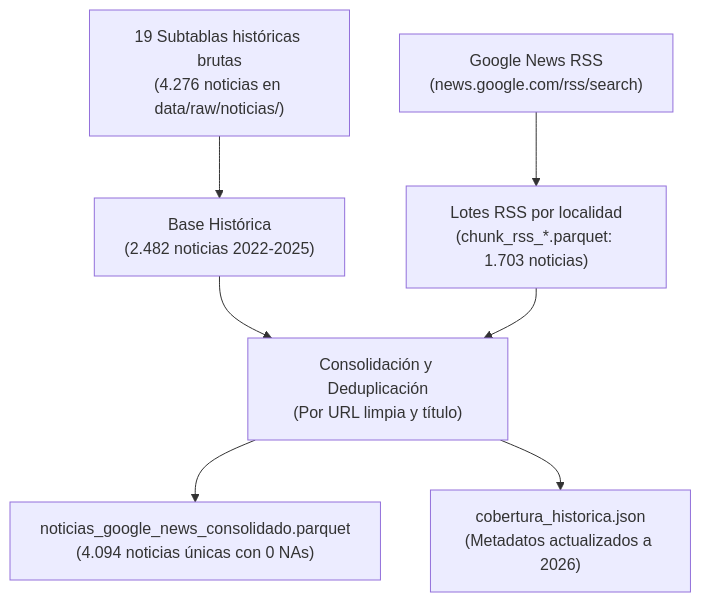
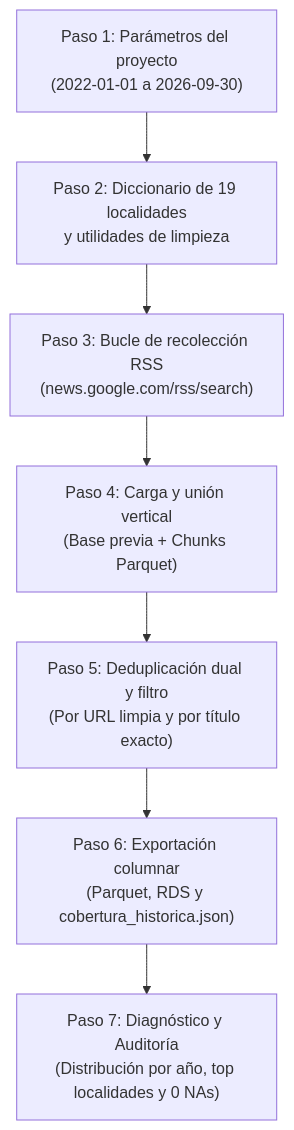
The diagram in scripts/01_ingesta/02_scraping_noticias/README.md (juanjo-edm/Repo_Entrega_Final_Taller_R), drawn with Mermaid before and after one commit. The commit also changed other lines of this file and 4 other files, not shown here.

````diff
--- a/scripts/01_ingesta/02_scraping_noticias/README.md
+++ b/scripts/01_ingesta/02_scraping_noticias/README.md
@@ -33,8 +35,9 @@
 ```mermaid
 flowchart TD
-    A["19 Subtablas históricas brutas<br/>(4.276 noticias en data/raw/noticias/)"] --> B["Base Histórica<br/>(2.482 noticias 2022-2025)"]
-    C["Google News RSS<br/>(news.google.com/rss/search)"] --> D["Lotes RSS por localidad<br/>(chunk_rss_*.parquet: 1.703 noticias)"]
-    B & D --> E["Consolidación y Deduplicación<br/>(Por URL limpia y título)"]
-    E --> F["noticias_google_news_consolidado.parquet<br/>(4.094 noticias únicas con 0 NAs)"]
-    E --> G["cobertura_historica.json<br/>(Metadatos actualizados a 2026)"]
+    A["Paso 1: Parámetros del proyecto<br/>(2022-01-01 a 2026-09-30)"] --> B["Paso 2: Diccionario de 19 localidades<br/>y utilidades de limpieza"]
+    B --> C["Paso 3: Bucle de recolección RSS<br/>(news.google.com/rss/search)"]
+    C --> D["Paso 4: Carga y unión vertical<br/>(Base previa + Chunks Parquet)"]
+    D --> E["Paso 5: Deduplicación dual y filtro<br/>(Por URL limpia y por título exacto)"]
+    E --> F["Paso 6: Exportación columnar<br/>(Parquet, RDS y cobertura_historica.json)"]
+    F --> G["Paso 7: Diagnóstico y Auditoría<br/>(Distribución por año, top localidades y 0 NAs)"]
 ```
````
